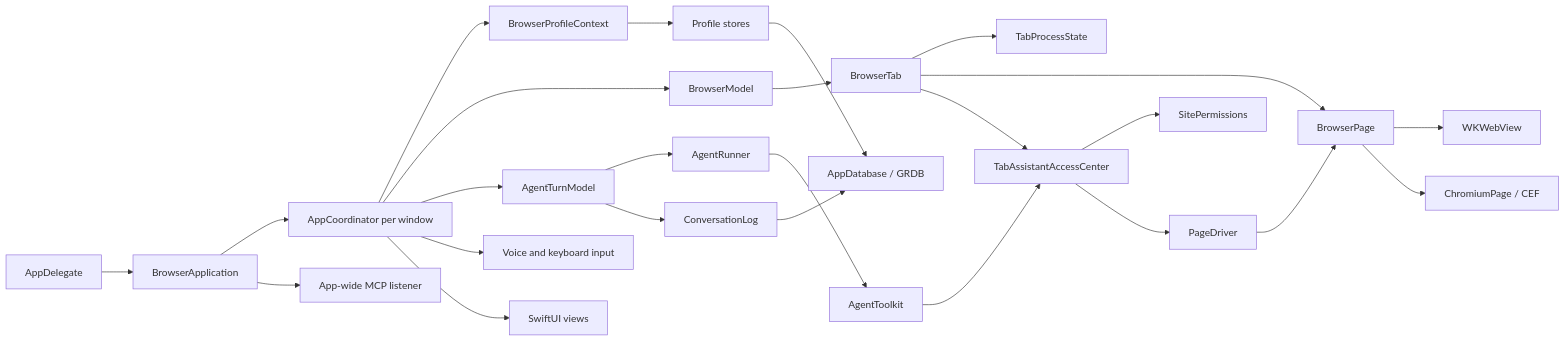
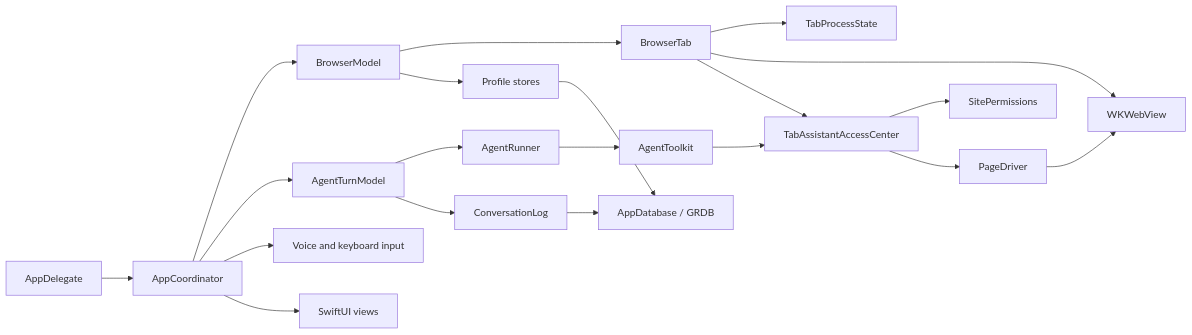
Before and after one commit to wsagency/wsurf: the diagram in ARCHITECTURE.md, drawn with Mermaid. The commit also changed other lines of this file and 436 other files, not shown here.

````diff
--- a/ARCHITECTURE.md
+++ b/ARCHITECTURE.md
@@ -9,27 +9,22 @@
 ```mermaid
 flowchart LR
-    App["AppDelegate"] --> Application["BrowserApplication"]
-    Application --> Coordinator["AppCoordinator per window"]
-    Application --> MCP["App-wide MCP listener"]
-    Coordinator --> Context["BrowserProfileContext"]
+    App["AppDelegate"] --> Coordinator["AppCoordinator"]
     Coordinator --> Browser["BrowserModel"]
     Coordinator --> Turns["AgentTurnModel"]
     Turns --> Agent["AgentRunner"]
     Coordinator --> Input["Voice and keyboard input"]
     Browser --> Tabs["BrowserTab"]
     Tabs --> Process["TabProcessState"]
-    Tabs --> Page["BrowserPage"]
-    Page --> WebKit["WKWebView"]
-    Page --> Chromium["ChromiumPage / CEF"]
+    Tabs --> WebKit["WKWebView"]
     Agent --> Toolkit["AgentToolkit"]
     Tabs --> Access["TabAssistantAccessCenter"]
     Access --> Permissions["SitePermissions"]
     Toolkit --> Access
     Access --> Driver["PageDriver"]
-    Driver --> Page
-    Context --> Stores["Profile stores"]
+    Driver --> WebKit
+    Browser --> Stores["Profile stores"]
     Turns --> Log["ConversationLog"]
     Stores --> Database["AppDatabase / GRDB"]
     Log --> Database
     Coordinator --> Views["SwiftUI views"]
 ```
````
